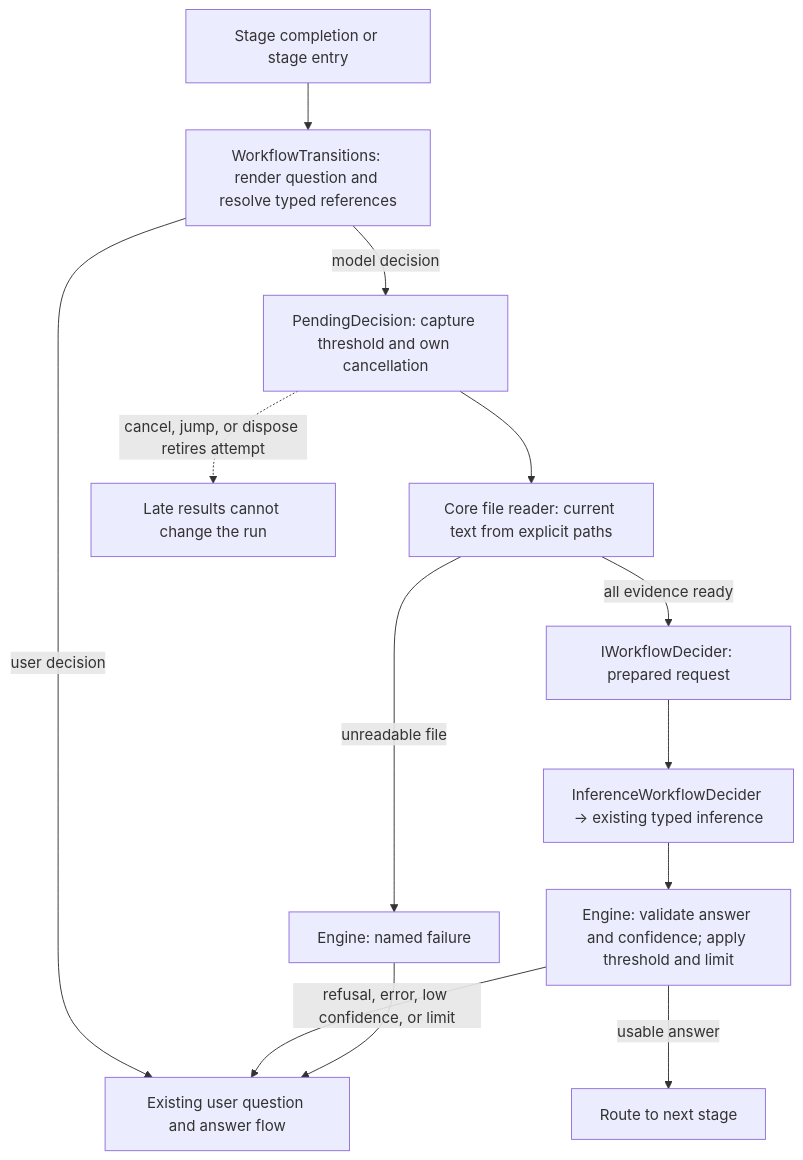
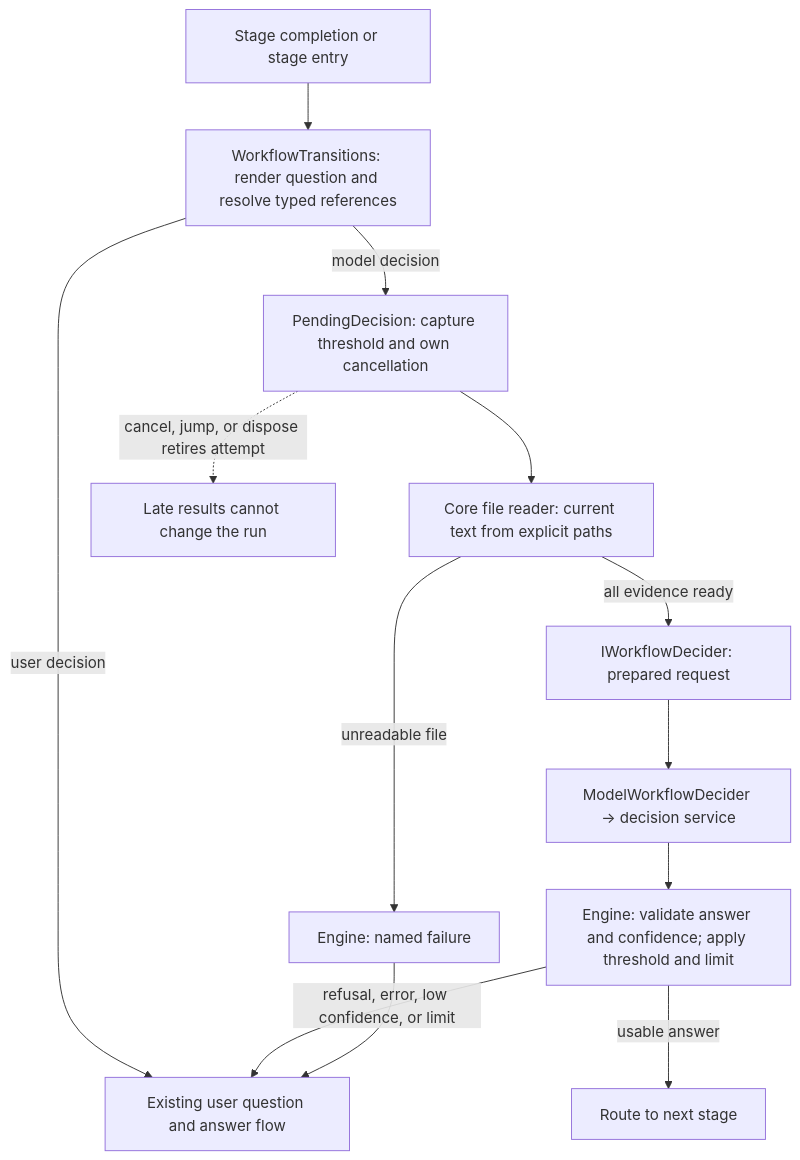
The diagram in docs/specs/workflow-decision-evidence/overview.md (Kapps/weavie), drawn with Mermaid before and after one commit. The commit also changed other lines of this file and 10 other files, not shown here.

````diff
--- a/docs/specs/workflow-decision-evidence/overview.md
+++ b/docs/specs/workflow-decision-evidence/overview.md
@@ -9,15 +9,15 @@
 ```mermaid
 flowchart TD
   A[Stage completion or stage entry] --> B[WorkflowTransitions: render question and resolve typed references]
   B -->|user decision| U[Existing user question and answer flow]
   B -->|model decision| P[PendingDecision: capture threshold and own cancellation]
   P --> R[Core file reader: current text from explicit paths]
   R -->|unreadable file| E[Engine: named failure]
   R -->|all evidence ready| D[IWorkflowDecider: prepared request]
-  D --> I[InferenceWorkflowDecider → existing typed inference]
+  D --> I[ModelWorkflowDecider → decision service]
   I --> V[Engine: validate answer and confidence; apply threshold and limit]
   V -->|usable answer| N[Route to next stage]
   V -->|refusal, error, low confidence, or limit| U
   E --> U
   P -. cancel, jump, or dispose retires attempt .-> X[Late results cannot change the run]
 ```
````
